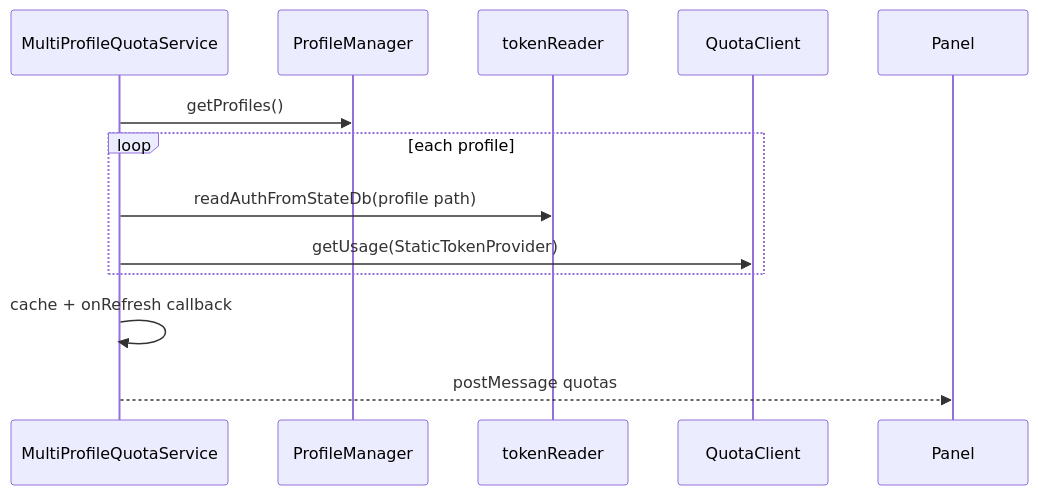
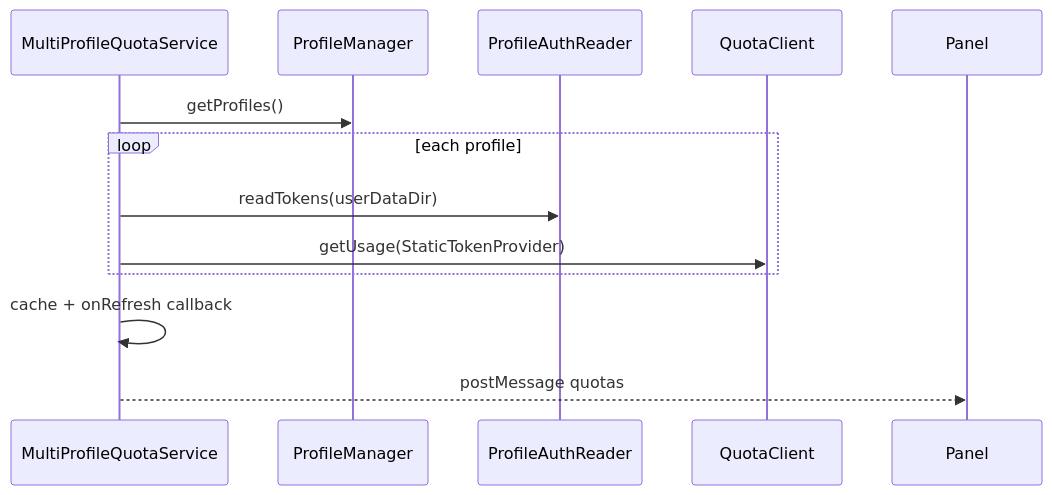
The third of 3 diagrams in docs/ARCHITECTURE.md (vypdev/cursor-accounts), drawn with Mermaid before and after one commit. The commit also changed other lines of this file and 34 other files, not shown here.

````diff
--- a/docs/ARCHITECTURE.md
+++ b/docs/ARCHITECTURE.md
@@ -95,15 +141,15 @@
 ```mermaid
 sequenceDiagram
   participant MP as MultiProfileQuotaService
   participant PM as ProfileManager
-  participant TR as tokenReader
+  participant AR as ProfileAuthReader
   participant QC as QuotaClient
 
   MP->>PM: getProfiles()
   loop each profile
-    MP->>TR: readAuthFromStateDb(profile path)
+    MP->>AR: readTokens(userDataDir)
     MP->>QC: getUsage(StaticTokenProvider)
   end
   MP->>MP: cache + onRefresh callback
   MP-->>Panel: postMessage quotas
 ```
````
